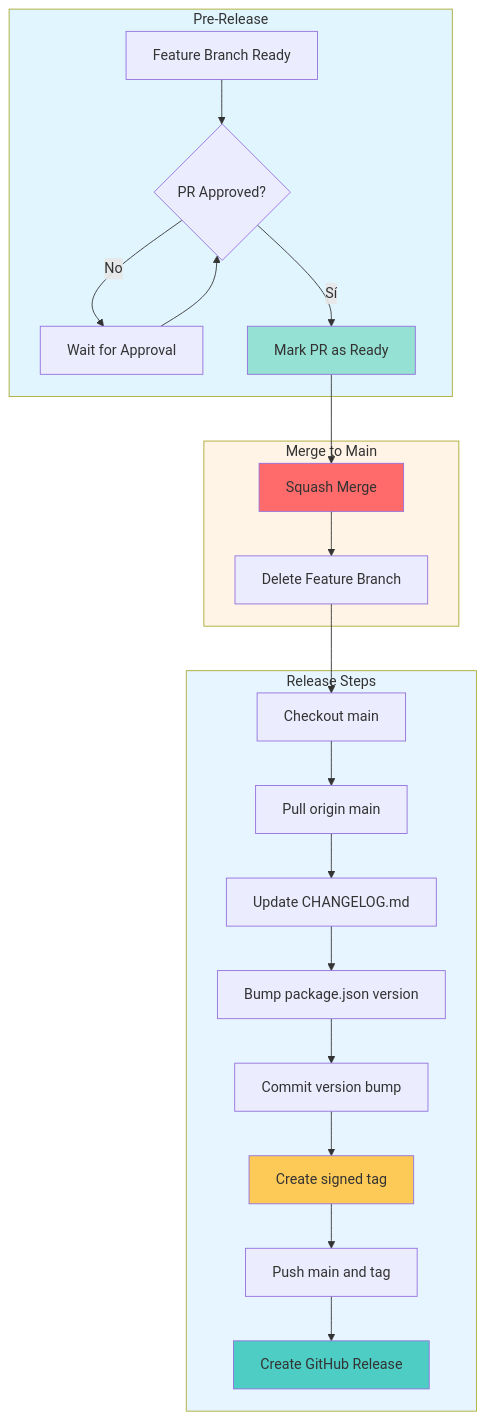
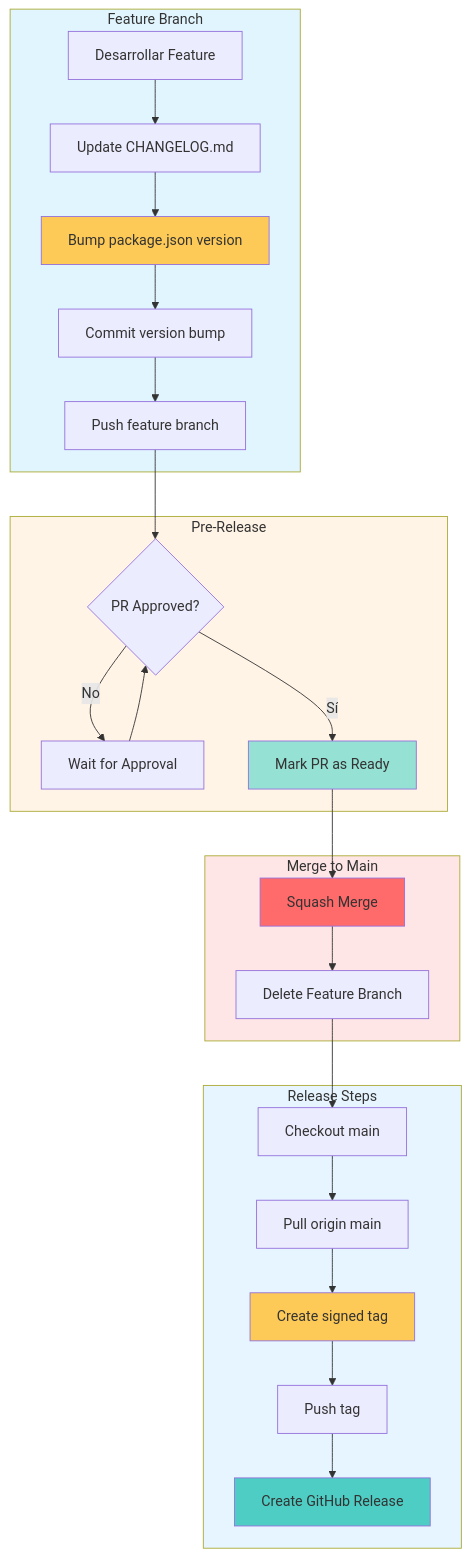
The diagram in docs/manuals/release-workflow.md (nesxtep-software/Vektra), drawn with Mermaid before and after one commit. The commit also changed other lines of this file and 1 other file, not shown here.

First line of the commit message:
docs: fix release workflow to respect main branch protection

````diff
--- a/docs/manuals/release-workflow.md
+++ b/docs/manuals/release-workflow.md
@@ -32,33 +24,39 @@
 ```mermaid
 flowchart TD
+    subgraph Feature["Feature Branch"]
+        A[Desarrollar Feature] --> B[Update CHANGELOG.md]
+        B --> C[Bump package.json version]
+        C --> D[Commit version bump]
+        D --> E[Push feature branch]
+    end
+    
     subgraph PreRelease["Pre-Release"]
-        A[Feature Branch Ready] --> B{PR Approved?}
-        B -->|No| C[Wait for Approval]
-        C --> B
-        B -->|Sí| D[Mark PR as Ready]
+        E --> F{PR Approved?}
+        F -->|No| G[Wait for Approval]
+        G --> F
+        F -->|Sí| H[Mark PR as Ready]
     end
     
     subgraph Merge["Merge to Main"]
-        D --> E[Squash Merge]
-        E --> F[Delete Feature Branch]
+        H --> I[Squash Merge]
+        I --> J[Delete Feature Branch]
     end
     
     subgraph ReleaseSteps["Release Steps"]
-        F --> G[Checkout main]
-        G --> H[Pull origin main]
-        H --> I[Update CHANGELOG.md]
-        I --> J[Bump package.json version]
-        J --> K[Commit version bump]
-        K --> L[Create signed tag]
-        L --> M[Push main and tag]
-        M --> N[Create GitHub Release]
+        J --> K[Checkout main]
+        K --> L[Pull origin main]
+        L --> M[Create signed tag]
+        M --> N[Push tag]
+        N --> O[Create GitHub Release]
     end
     
-    style PreRelease fill:#e1f5ff
-    style Merge fill:#fff4e6
+    style Feature fill:#e1f5ff
+    style PreRelease fill:#fff4e6
+    style Merge fill:#ffe6e6
     style ReleaseSteps fill:#e6f5ff
-    style D fill:#95e1d3
-    style E fill:#ff6b6b
-    style L fill:#feca57
-    style N fill:#4ecdc4
+    style C fill:#feca57
+    style H fill:#95e1d3
+    style I fill:#ff6b6b
+    style M fill:#feca57
+    style O fill:#4ecdc4
 ```
````
